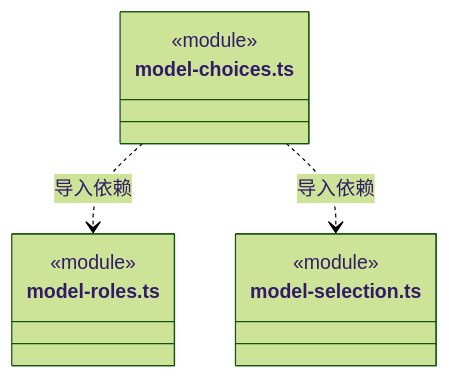
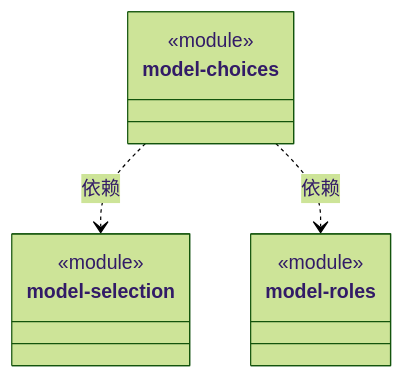
Before and after one commit to nan023062/cbim: the diagram in src/logic/engines/rules/ARCHITECTURE.md, drawn with Mermaid (forest theme). The commit also changed other lines of this file and 158 other files, not shown here.

Commit message:
docs: model architecture through nested virtual encapsulations

````diff
--- a/src/logic/engines/rules/ARCHITECTURE.md
+++ b/src/logic/engines/rules/ARCHITECTURE.md
@@ -125,14 +21,17 @@
 ```mermaid
 classDiagram
-class N_src_logic_engines_rules_model_choices_ts["model-choices.ts"] {
+class N_1abf416e1c02["model-choices"] {
   <<module>>
 }
-class N_src_logic_engines_rules_model_roles_ts["model-roles.ts"] {
+click N_1abf416e1c02 href "model-choices.ts"
+class N_a368537626ed["model-selection"] {
   <<module>>
 }
-class N_src_logic_engines_rules_model_selection_ts["model-selection.ts"] {
+click N_a368537626ed href "model-selection.ts"
+class N_d36e204b8cd8["model-roles"] {
   <<module>>
 }
-N_src_logic_engines_rules_model_choices_ts ..> N_src_logic_engines_rules_model_roles_ts : 导入依赖
-N_src_logic_engines_rules_model_choices_ts ..> N_src_logic_engines_rules_model_selection_ts : 导入依赖
+click N_d36e204b8cd8 href "model-roles.ts"
+N_1abf416e1c02 ..> N_a368537626ed : 依赖
+N_1abf416e1c02 ..> N_d36e204b8cd8 : 依赖
 ```
````
